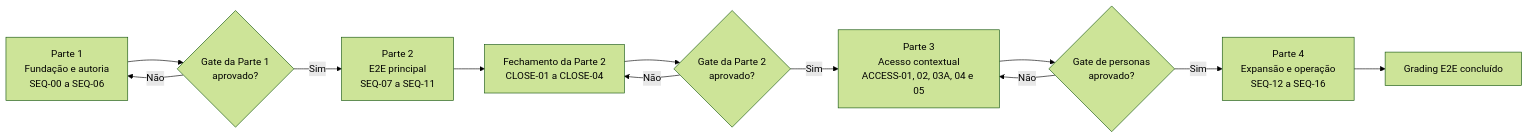
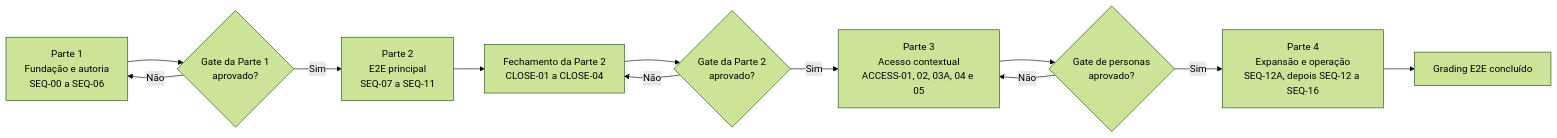
The diagram in docs/plans/quiz-grading-end-to-end/08-implementation-sequence.md (gameguild-gg/gameguild), drawn with Mermaid (forest theme) before and after one commit. The commit also changed other lines of this file and 2 other files, not shown here.

````diff
--- a/docs/plans/quiz-grading-end-to-end/08-implementation-sequence.md
+++ b/docs/plans/quiz-grading-end-to-end/08-implementation-sequence.md
@@ -35,24 +35,24 @@
 ```mermaid
 flowchart LR
     P1["Parte 1<br/>Fundação e autoria<br/>SEQ-00 a SEQ-06"]
     G1{"Gate da Parte 1<br/>aprovado?"}
     P2["Parte 2<br/>E2E principal<br/>SEQ-07 a SEQ-11"]
     C2["Fechamento da Parte 2<br/>CLOSE-01 a CLOSE-04"]
     G2{"Gate da Parte 2<br/>aprovado?"}
     P3["Parte 3<br/>Acesso contextual<br/>ACCESS-01, 02, 03A, 04 e 05"]
     G3{"Gate de personas<br/>aprovado?"}
-    P4["Parte 4<br/>Expansão e operação<br/>SEQ-12 a SEQ-16"]
+    P4["Parte 4<br/>Expansão e operação<br/>SEQ-12A, depois SEQ-12 a SEQ-16"]
     DONE["Grading E2E concluído"]
 
     P1 --> G1
     G1 -->|Não| P1
     G1 -->|Sim| P2
     P2 --> C2
     C2 --> G2
     G2 -->|Não| C2
     G2 -->|Sim| P3
     P3 --> G3
     G3 -->|Não| P3
     G3 -->|Sim| P4
     P4 --> DONE
 ```
````
